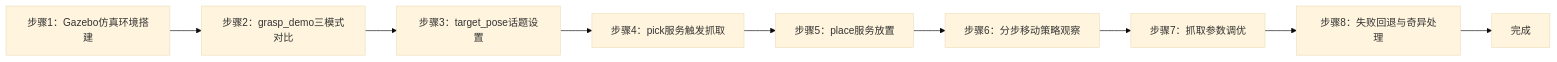
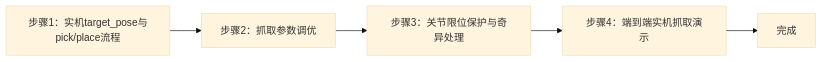
One commit to aibittek/course_generate_agent changed the sixth of 7 diagrams in courses/sheet1/arm_practice/EXP005_lab_guide.md. Above: the diagram before and after it, drawn with Mermaid (base theme). The commit also changed other lines of this file and 11 other files, not shown here.

````diff
--- a/courses/sheet1/arm_practice/EXP005_lab_guide.md
+++ b/courses/sheet1/arm_practice/EXP005_lab_guide.md
@@ -3740,11 +3833,7 @@
 ```mermaid
 graph LR
-    A[步骤1：Gazebo仿真环境搭建] --> B[步骤2：grasp_demo三模式对比]
-    B --> C[步骤3：target_pose话题设置]
-    C --> D[步骤4：pick服务触发抓取]
-    D --> E[步骤5：place服务放置]
-    E --> F[步骤6：分步移动策略观察]
-    F --> G[步骤7：抓取参数调优]
-    G --> H[步骤8：失败回退与奇异处理]
-    H --> I[完成]
+    A[步骤1：实机target_pose与pick/place流程] --> B[步骤2：抓取参数调优]
+    B --> C[步骤3：关节限位保护与奇异处理]
+    C --> D[步骤4：端到端实机抓取演示]
+    D --> E[完成]
 ```
````
